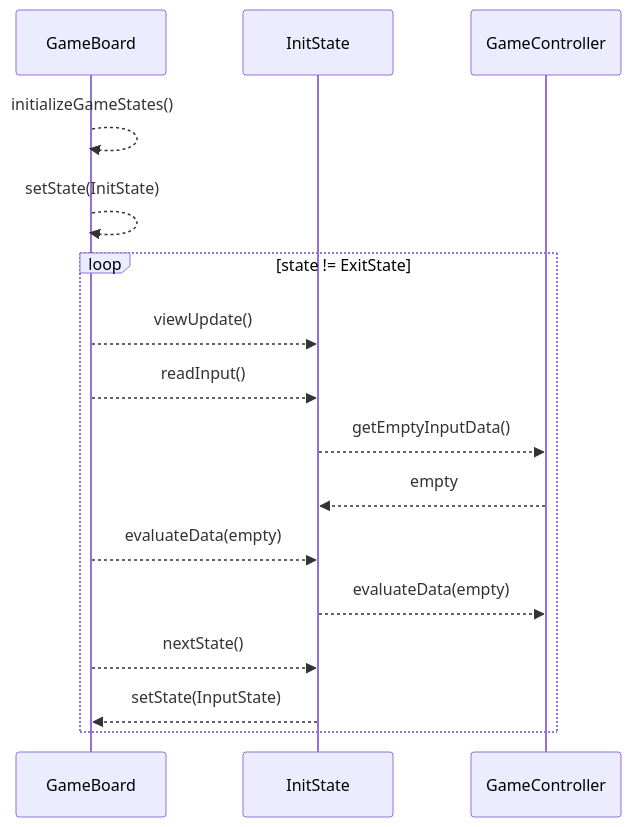
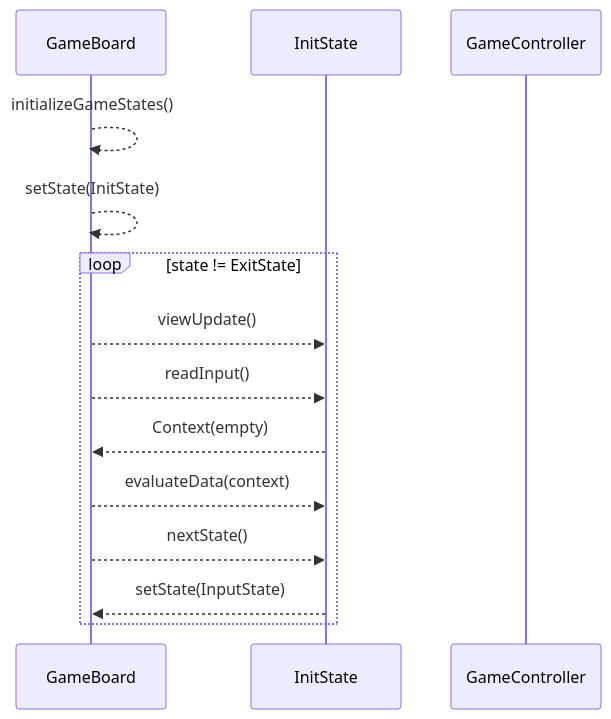
One commit to digiry/java-racingcar-precourse changed the second of 8 diagrams in docs/sequence_diagram.md. Above: the diagram before and after it, drawn with Mermaid. The commit also changed other lines of this file and 2 other files, not shown here.

Commit message:
docs: remove getEmptyInputData

````diff
--- a/docs/sequence_diagram.md
+++ b/docs/sequence_diagram.md
@@ -32,23 +32,21 @@
 ```mermaid
 sequenceDiagram
     participant GameBoard
     participant InitState
     participant GameController
 
     GameBoard -->> GameBoard: initializeGameStates()
     GameBoard -->> GameBoard: setState(InitState)
 
     loop state != ExitState
         GameBoard -->> InitState: viewUpdate()
 
         GameBoard -->> InitState: readInput()
-        InitState -->> GameController: getEmptyInputData()
-        GameController -->> InitState: empty
+        InitState -->> GameBoard : Context(empty)
 
-        GameBoard -->> InitState: evaluateData(empty)
-        InitState -->> GameController: evaluateData(empty)
+        GameBoard -->> InitState : evaluateData(context)
 
         GameBoard -->> InitState: nextState()
         InitState -->> GameBoard: setState(InputState)
     end
 ```
````
